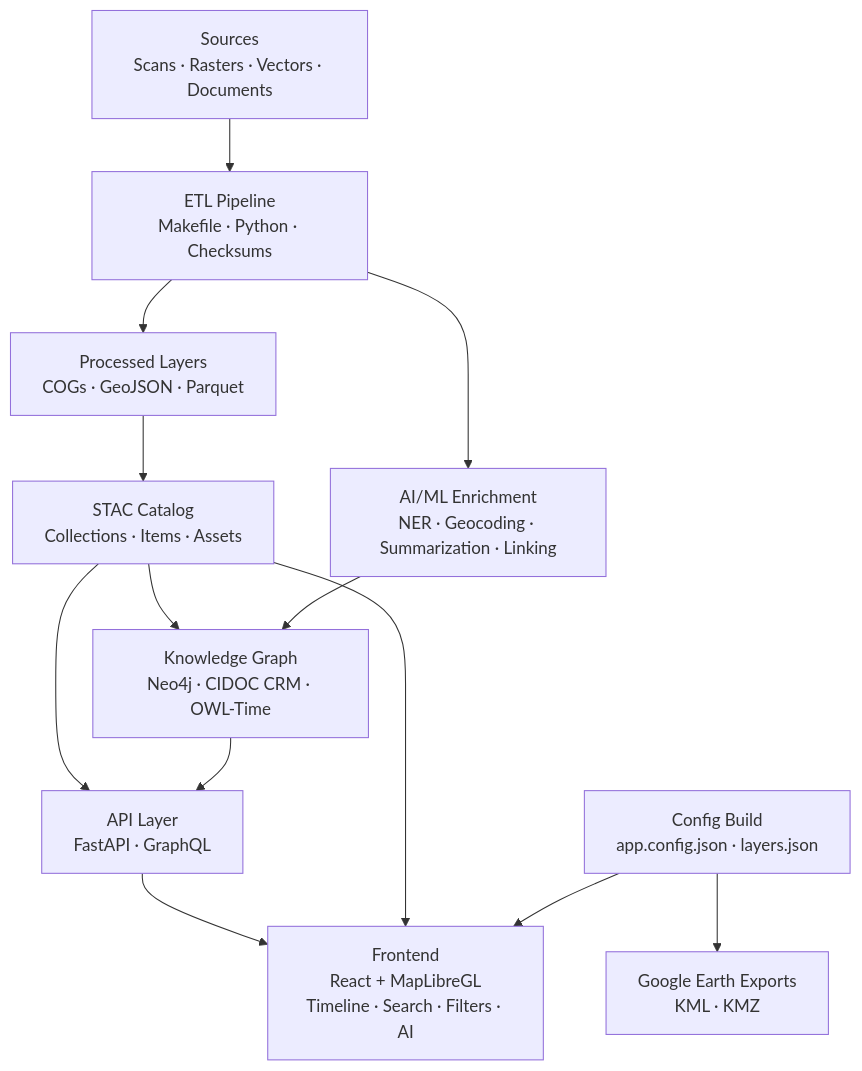
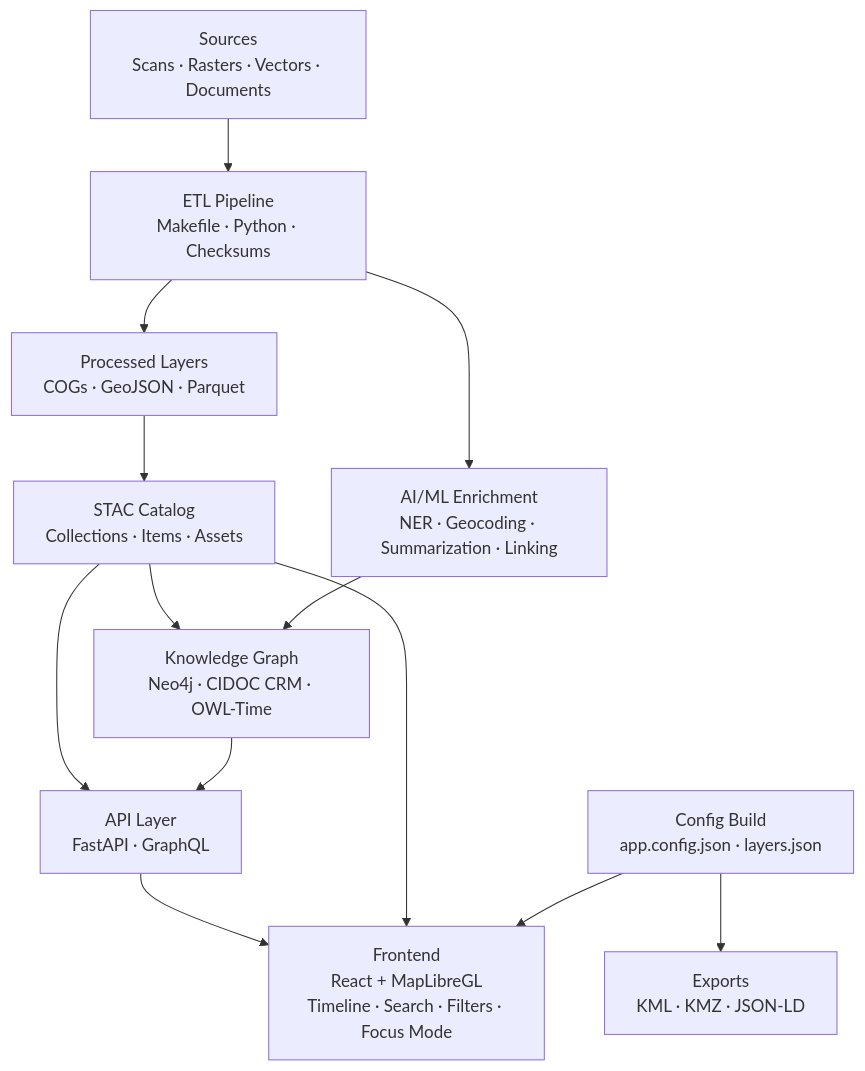
The first of 2 diagrams in src/ARCHITECTURE.md (bartytime4life/Kansas-Frontier-Matrix), drawn with Mermaid before and after one commit. The commit also changed other lines of this file, not shown here.

First line of the commit message:
Upgrade architecture documentation to v1.8.0

````diff
--- a/src/ARCHITECTURE.md
+++ b/src/ARCHITECTURE.md
@@ -78,19 +107,19 @@
 ```mermaid
 flowchart TD
     srcA["Sources<br/>Scans · Rasters · Vectors · Documents"] --> etlA["ETL Pipeline<br/>Makefile · Python · Checksums"]
     etlA --> procA["Processed Layers<br/>COGs · GeoJSON · Parquet"]
     etlA --> aiA["AI/ML Enrichment<br/>NER · Geocoding · Summarization · Linking"]
 
     procA --> stacA["STAC Catalog<br/>Collections · Items · Assets"]
     stacA --> kgA["Knowledge Graph<br/>Neo4j · CIDOC CRM · OWL-Time"]
     aiA --> kgA
 
     stacA --> apiA["API Layer<br/>FastAPI · GraphQL"]
     kgA --> apiA
 
-    apiA --> webA["Frontend<br/>React + MapLibreGL<br/>Timeline · Search · Filters · AI"]
+    apiA --> webA["Frontend<br/>React + MapLibreGL<br/>Timeline · Search · Filters · Focus Mode"]
     stacA --> webA
 
     cfgA["Config Build<br/>app.config.json · layers.json"] --> webA
-    cfgA --> exportA["Google Earth Exports<br/>KML · KMZ"]
+    cfgA --> exportA["Exports<br/>KML · KMZ · JSON-LD"]
 ```
````
